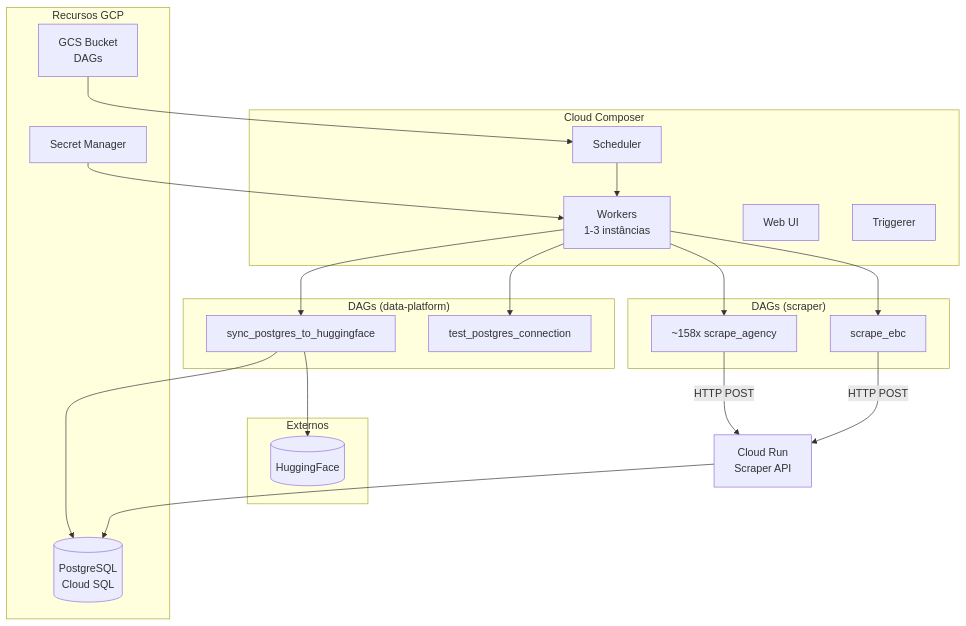
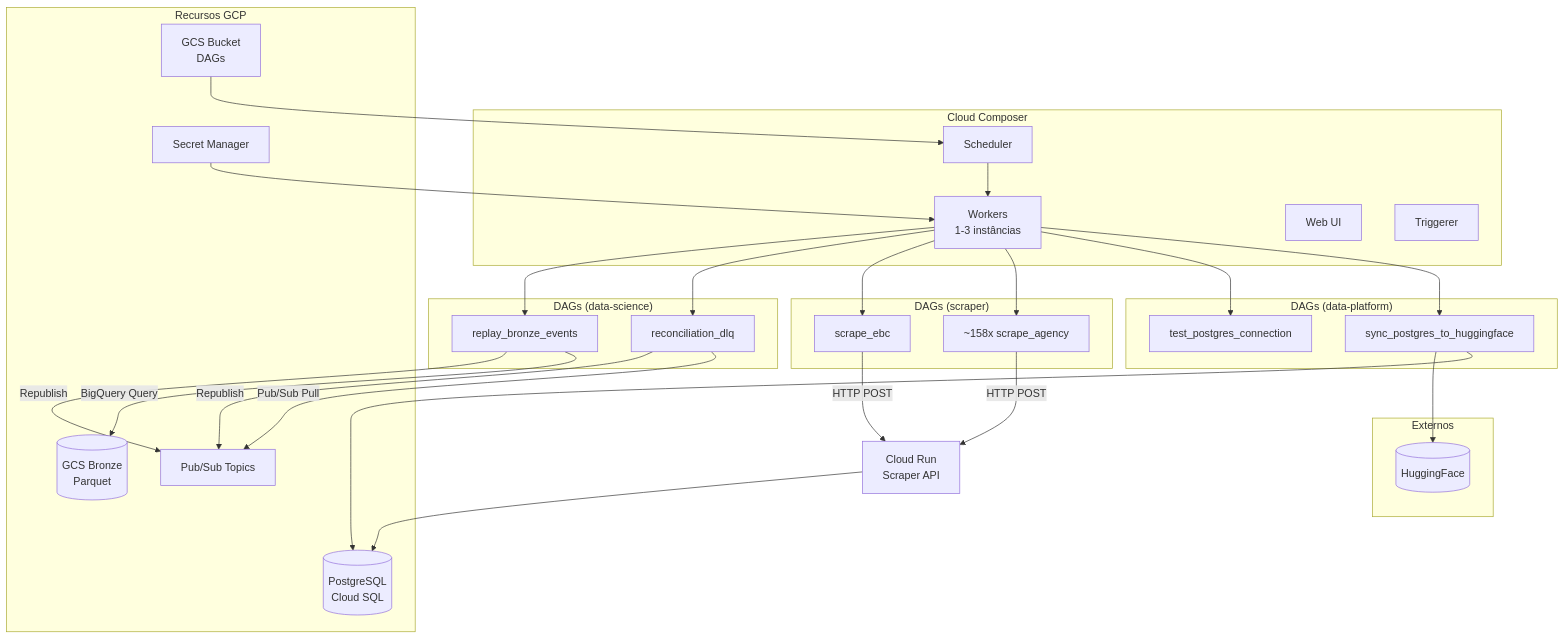
One commit to destaquesgovbr/docs changed the first of 4 diagrams in docs/workflows/airflow-dags.md. Above: the diagram before and after it, drawn with Mermaid. The commit also changed other lines of this file and 2 other files, not shown here.

First line of the commit message:
docs: adiciona documentação de Bronze Layer, DLQ e reconciliação DAGs

````diff
--- a/docs/workflows/airflow-dags.md
+++ b/docs/workflows/airflow-dags.md
@@ -12,42 +12,55 @@
 ```mermaid
 graph TB
     subgraph "Cloud Composer"
         SCHED[Scheduler]
         WORKER[Workers<br/>1-3 instâncias]
         UI[Web UI]
         TRIGGER[Triggerer]
     end
 
     subgraph "DAGs (data-platform)"
         DAG1[sync_postgres_to_huggingface]
         DAG2[test_postgres_connection]
     end
 
+    subgraph "DAGs (data-science)"
+        DAG5[reconciliation_dlq]
+        DAG6[replay_bronze_events]
+    end
+
     subgraph "DAGs (scraper)"
         DAG3[~158x scrape_agency]
         DAG4[scrape_ebc]
     end
 
     subgraph "Recursos GCP"
         PG[(PostgreSQL<br/>Cloud SQL)]
         SM[Secret Manager]
         GCS[GCS Bucket<br/>DAGs]
+        BRONZE[(GCS Bronze<br/>Parquet)]
+        PUBSUB[Pub/Sub Topics]
     end
 
     subgraph "Externos"
         HF[(HuggingFace)]
     end
 
     GCS --> SCHED
     SCHED --> WORKER
     WORKER --> DAG1
     WORKER --> DAG2
     WORKER --> DAG3
     WORKER --> DAG4
+    WORKER --> DAG5
+    WORKER --> DAG6
     DAG1 --> PG
     DAG1 --> HF
     DAG3 -->|HTTP POST| CR[Cloud Run<br/>Scraper API]
     DAG4 -->|HTTP POST| CR
+    DAG5 -->|Pub/Sub Pull| PUBSUB
+    DAG5 -->|Republish| PUBSUB
+    DAG6 -->|BigQuery Query| BRONZE
+    DAG6 -->|Republish| PUBSUB
     CR --> PG
     SM --> WORKER
 ```
````
